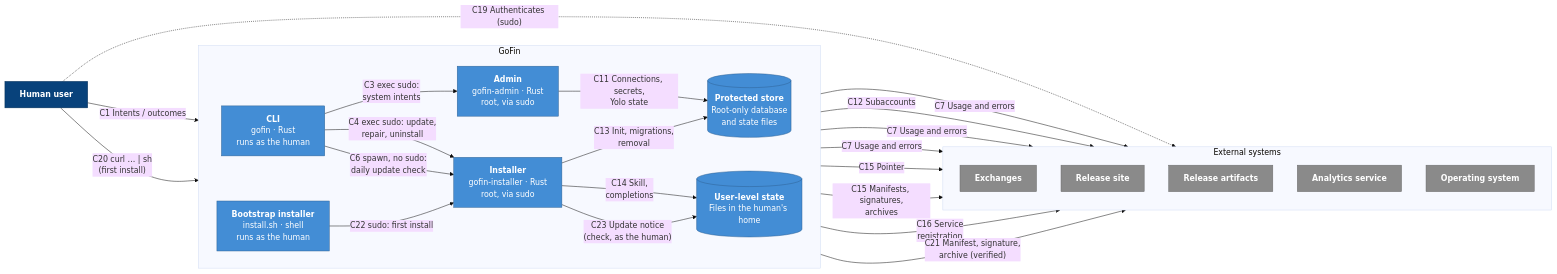
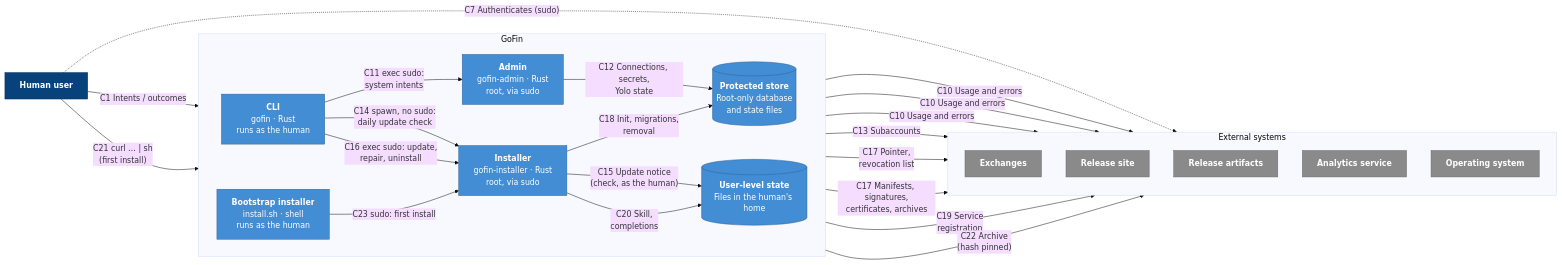
Before and after one commit to LimeChain/gofin-cli: the second of 5 diagrams in docs/architecture/02-containers.md, drawn with Mermaid (base theme). The commit also changed other lines of this file and 9 other files, not shown here.

First line of the commit message:
Add release and signing architecture: signing tool, release builder, verifier library

````diff
--- a/docs/architecture/02-containers.md
+++ b/docs/architecture/02-containers.md
@@ -57,47 +57,47 @@
 ```mermaid
 flowchart LR
   classDef person fill:#08427b,stroke:#052e56,color:#ffffff
   classDef container fill:#438dd5,stroke:#2e6295,color:#ffffff
   classDef external fill:#8a8a8a,stroke:#6b6b6b,color:#ffffff
 
   human["<b>Human user</b>"]:::person
 
   subgraph gofin["GoFin"]
     direction LR
     cli["<b>CLI</b><br/>gofin · Rust<br/>runs as the human"]:::container
     admin["<b>Admin</b><br/>gofin-admin · Rust<br/>root, via sudo"]:::container
     installer["<b>Installer</b><br/>gofin-installer · Rust<br/>root, via sudo"]:::container
     bootstrap["<b>Bootstrap installer</b><br/>install.sh · shell<br/>runs as the human"]:::container
     store[("<b>Protected store</b><br/>Root-only database<br/>and state files")]:::container
     user_state[("<b>User-level state</b><br/>Files in the human's home")]:::container
   end
 
   subgraph externals["External systems"]
     direction TB
     exchanges["<b>Exchanges</b>"]:::external
     release_site["<b>Release site</b>"]:::external
     release_artifacts["<b>Release artifacts</b>"]:::external
     analytics["<b>Analytics service</b>"]:::external
     os["<b>Operating system</b>"]:::external
   end
 
   human -- "C1 Intents / outcomes" --> cli
-  cli -- "C3 exec sudo:<br/>system intents" --> admin
-  cli -- "C4 exec sudo: update,<br/>repair, uninstall" --> installer
-  cli -- "C6 spawn, no sudo:<br/>daily update check" --> installer
-  cli -- "C7 Usage and errors" --> analytics
-  admin -- "C11 Connections, secrets,<br/>Yolo state" --> store
-  admin -- "C12 Subaccounts" --> exchanges
-  admin -- "C7 Usage and errors" --> analytics
-  installer -- "C7 Usage and errors" --> analytics
-  installer -- "C13 Init, migrations,<br/>removal" --> store
-  installer -- "C14 Skill,<br/>completions" --> user_state
-  installer -- "C15 Pointer" --> release_site
-  installer -- "C23 Update notice<br/>(check, as the human)" --> user_state
-  installer -- "C15 Manifests, signatures,<br/>archives" --> release_artifacts
-  installer -- "C16 Service<br/>registration" --> os
-  human -. "C19 Authenticates (sudo)" .-> os
-  human -- "C20 curl … | sh<br/>(first install)" --> bootstrap
-  bootstrap -- "C21 Manifest, signature,<br/>archive (verified)" --> release_artifacts
-  bootstrap -- "C22 sudo: first install" --> installer
+  human -. "C7 Authenticates (sudo)" .-> os
+  cli -- "C10 Usage and errors" --> analytics
+  admin -- "C10 Usage and errors" --> analytics
+  installer -- "C10 Usage and errors" --> analytics
+  cli -- "C11 exec sudo:<br/>system intents" --> admin
+  admin -- "C12 Connections, secrets,<br/>Yolo state" --> store
+  admin -- "C13 Subaccounts" --> exchanges
+  cli -- "C14 spawn, no sudo:<br/>daily update check" --> installer
+  installer -- "C15 Update notice<br/>(check, as the human)" --> user_state
+  cli -- "C16 exec sudo: update,<br/>repair, uninstall" --> installer
+  installer -- "C17 Pointer,<br/>revocation list" --> release_site
+  installer -- "C17 Manifests, signatures,<br/>certificates, archives" --> release_artifacts
+  installer -- "C18 Init, migrations,<br/>removal" --> store
+  installer -- "C19 Service<br/>registration" --> os
+  installer -- "C20 Skill,<br/>completions" --> user_state
+  human -- "C21 curl … | sh<br/>(first install)" --> bootstrap
+  bootstrap -- "C22 Archive<br/>(hash pinned)" --> release_artifacts
+  bootstrap -- "C23 sudo: first install" --> installer
 ```
````
